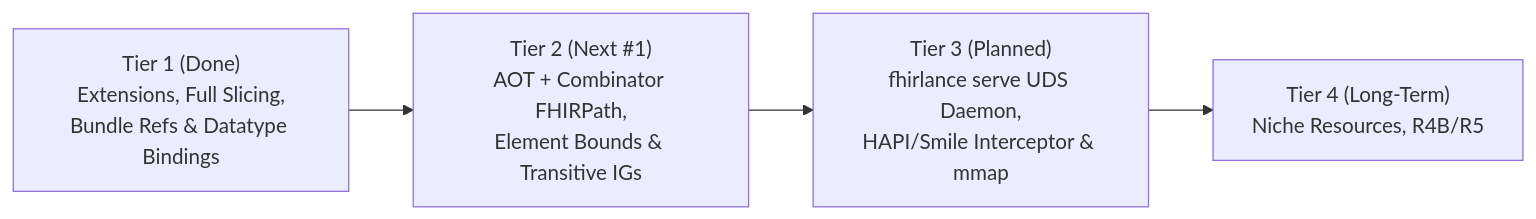
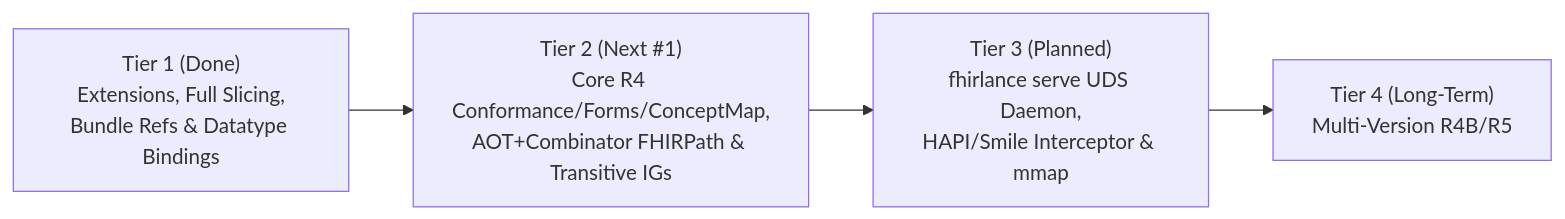
Before and after one commit to damsonaldson/FHIRlance: the diagram in docs/roadmap.md, drawn with Mermaid. The commit also changed other lines of this file and 1 other file, not shown here.

Commit message:
docs(roadmap): promote specialized R4 resources to Tier 2 #1 based on ON/BC/AB IGs

````diff
--- a/docs/roadmap.md
+++ b/docs/roadmap.md
@@ -8,6 +8,6 @@
 ```mermaid
 flowchart LR
-    T1["Tier 1 (Done)<br/>Extensions, Full Slicing,<br/>Bundle Refs & Datatype Bindings"] --> T2["Tier 2 (Next #1)<br/>AOT + Combinator FHIRPath,<br/>Element Bounds & Transitive IGs"]
+    T1["Tier 1 (Done)<br/>Extensions, Full Slicing,<br/>Bundle Refs & Datatype Bindings"] --> T2["Tier 2 (Next #1)<br/>Core R4 Conformance/Forms/ConceptMap,<br/>AOT+Combinator FHIRPath & Transitive IGs"]
     T2 --> T3["Tier 3 (Planned)<br/>fhirlance serve UDS Daemon,<br/>HAPI/Smile Interceptor & mmap"]
-    T3 --> T4["Tier 4 (Long-Term)<br/>Niche Resources, R4B/R5"]
+    T3 --> T4["Tier 4 (Long-Term)<br/>Multi-Version R4B/R5"]
 ```
````
